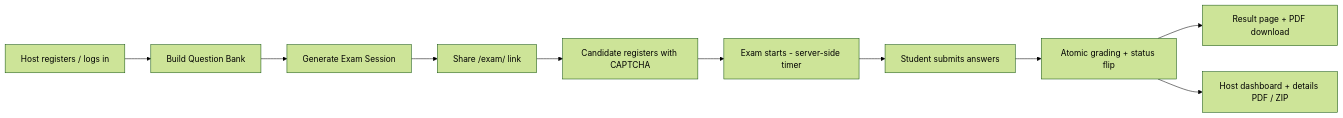
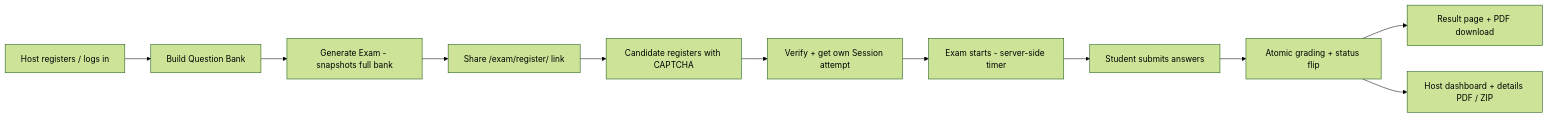
One commit to mdhaseebuddin/Exam_Site_Live changed the diagram in production_build/PROJECT_ARCHITECTURE.md. Above: the diagram before and after it, drawn with Mermaid (forest theme). The commit also changed other lines of this file and 2 other files, not shown here.

````diff
--- a/production_build/PROJECT_ARCHITECTURE.md
+++ b/production_build/PROJECT_ARCHITECTURE.md
@@ -64,12 +120,13 @@
 ```mermaid
 flowchart LR
     A[Host registers / logs in] --> B[Build Question Bank]
-    B --> C[Generate Exam Session]
-    C --> D[Share /exam/<id> link]
+    B --> C[Generate Exam - snapshots full bank]
+    C --> D[Share /exam/register/<exam_id> link]
     D --> E[Candidate registers with CAPTCHA]
-    E --> F[Exam starts - server-side timer]
-    F --> G[Student submits answers]
-    G --> H[Atomic grading + status flip]
-    H --> I[Result page + PDF download]
-    H --> J[Host dashboard + details PDF / ZIP]
+    E --> F[Verify + get own Session attempt]
+    F --> G[Exam starts - server-side timer]
+    G --> H[Student submits answers]
+    H --> I[Atomic grading + status flip]
+    I --> J[Result page + PDF download]
+    I --> K[Host dashboard + details PDF / ZIP]
 ```
````
